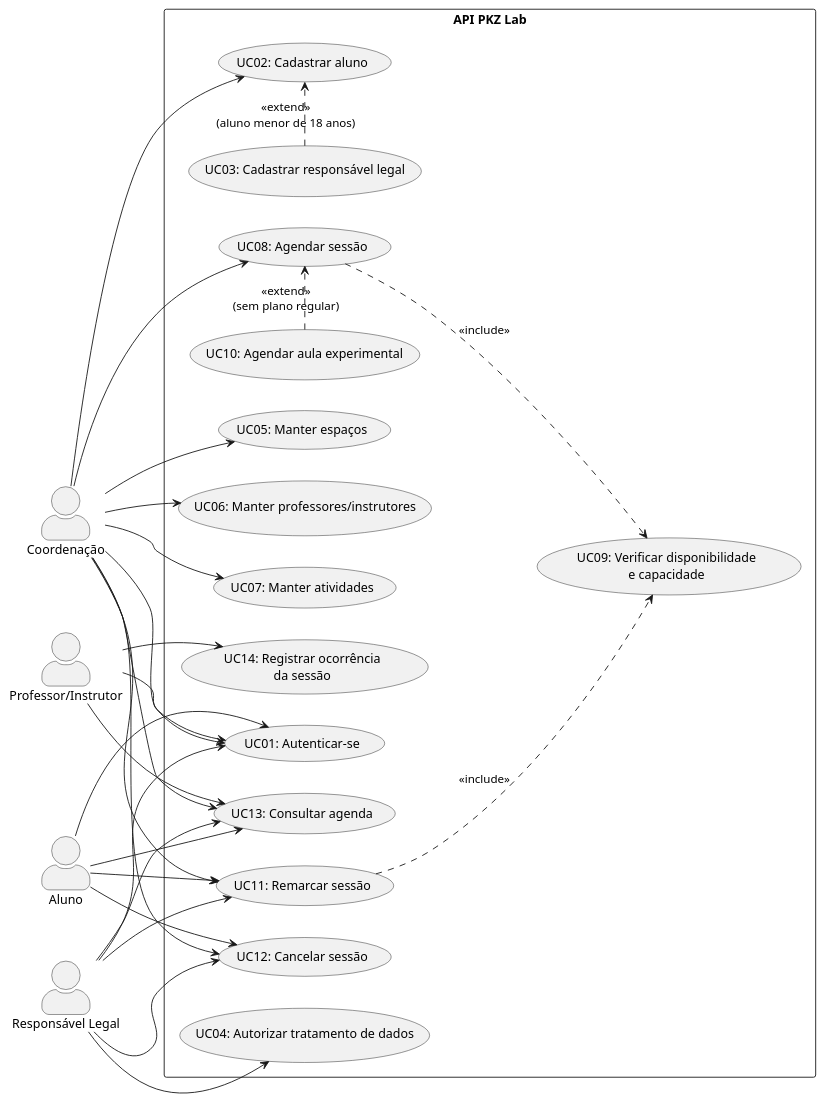
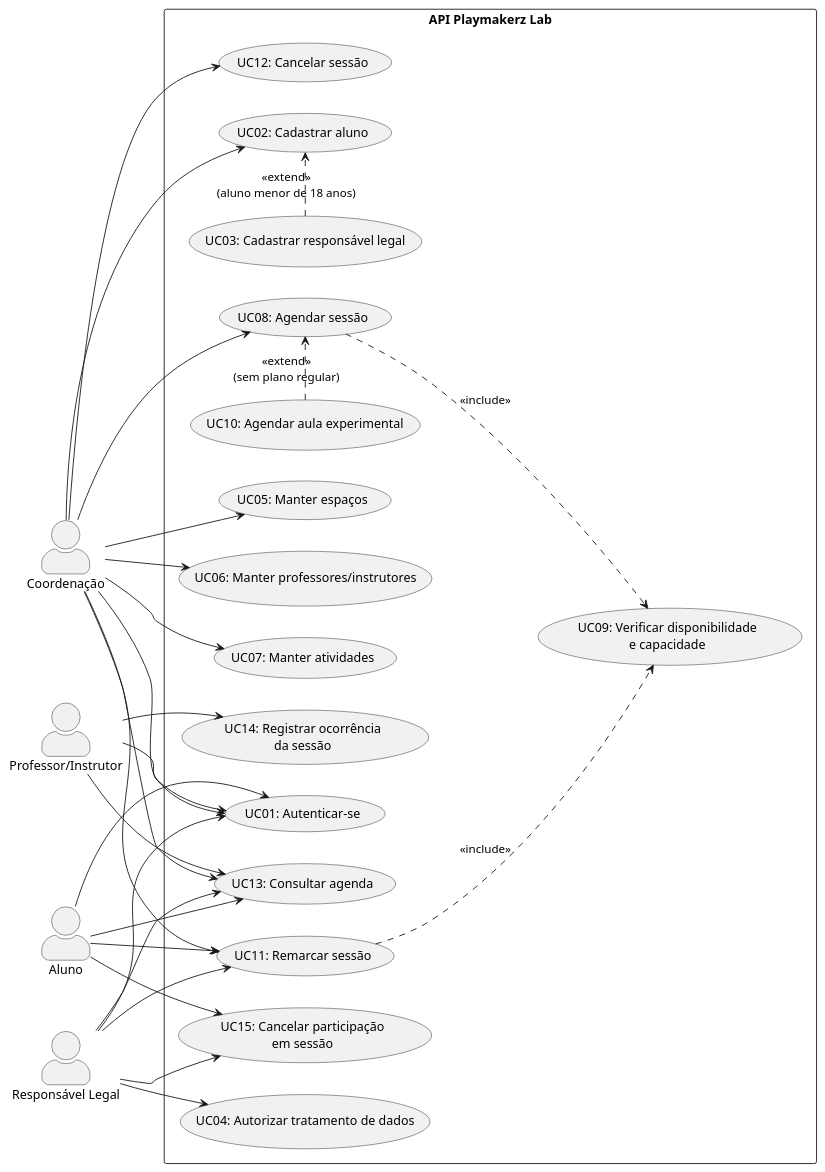
The diagram in docs/Elaboracao/casos_de_uso.md (Projetos-de-Extensao/PECDII_26.2_8001_I), drawn with PlantUML before and after one commit. The commit also changed other lines of this file and 1 other file, not shown here.

````diff
--- a/docs/Elaboracao/casos_de_uso.md
+++ b/docs/Elaboracao/casos_de_uso.md
@@ -48,60 +49,61 @@
 ```plantuml
 @startuml pkz_lab_casos_de_uso
 left to right direction
 skinparam actorStyle awesome
 skinparam packageStyle rectangle
 
 actor "Coordenação" as Coord
 actor "Professor/Instrutor" as Prof
 actor "Aluno" as Aluno
 actor "Responsável Legal" as Resp
 
-rectangle "API PKZ Lab" {
+rectangle "API Playmakerz Lab" {
   usecase "UC01: Autenticar-se" as UC01
   usecase "UC02: Cadastrar aluno" as UC02
   usecase "UC03: Cadastrar responsável legal" as UC03
   usecase "UC04: Autorizar tratamento de dados" as UC04
   usecase "UC05: Manter espaços" as UC05
   usecase "UC06: Manter professores/instrutores" as UC06
   usecase "UC07: Manter atividades" as UC07
   usecase "UC08: Agendar sessão" as UC08
   usecase "UC09: Verificar disponibilidade\ne capacidade" as UC09
   usecase "UC10: Agendar aula experimental" as UC10
   usecase "UC11: Remarcar sessão" as UC11
   usecase "UC12: Cancelar sessão" as UC12
   usecase "UC13: Consultar agenda" as UC13
   usecase "UC14: Registrar ocorrência\nda sessão" as UC14
+  usecase "UC15: Cancelar participação\nem sessão" as UC15
 }
 
 Coord --> UC01
 Coord --> UC02
 Coord --> UC05
 Coord --> UC06
 Coord --> UC07
 Coord --> UC08
 Coord --> UC11
 Coord --> UC12
 Coord --> UC13
 
 Prof --> UC01
 Prof --> UC13
 Prof --> UC14
 
 Aluno --> UC01
 Aluno --> UC11
-Aluno --> UC12
+Aluno --> UC15
 Aluno --> UC13
 
 Resp --> UC01
 Resp --> UC04
 Resp --> UC11
-Resp --> UC12
+Resp --> UC15
 Resp --> UC13
 
 UC03 .> UC02 : <<extend>>\n(aluno menor de 18 anos)
 UC08 ..> UC09 : <<include>>
 UC11 ..> UC09 : <<include>>
 UC10 .> UC08 : <<extend>>\n(sem plano regular)
 
 @enduml
 ```
````
